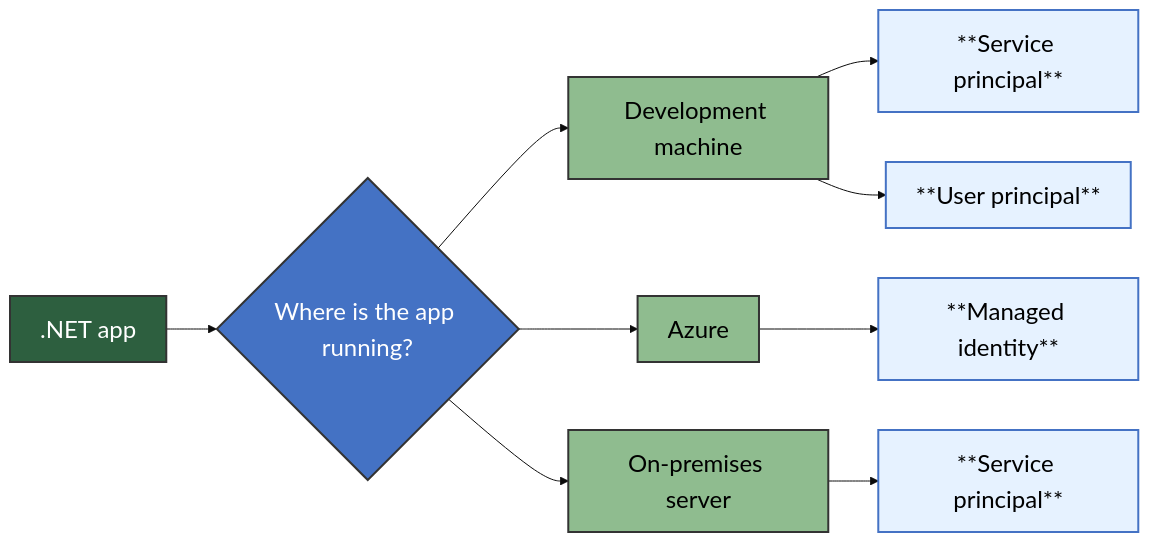
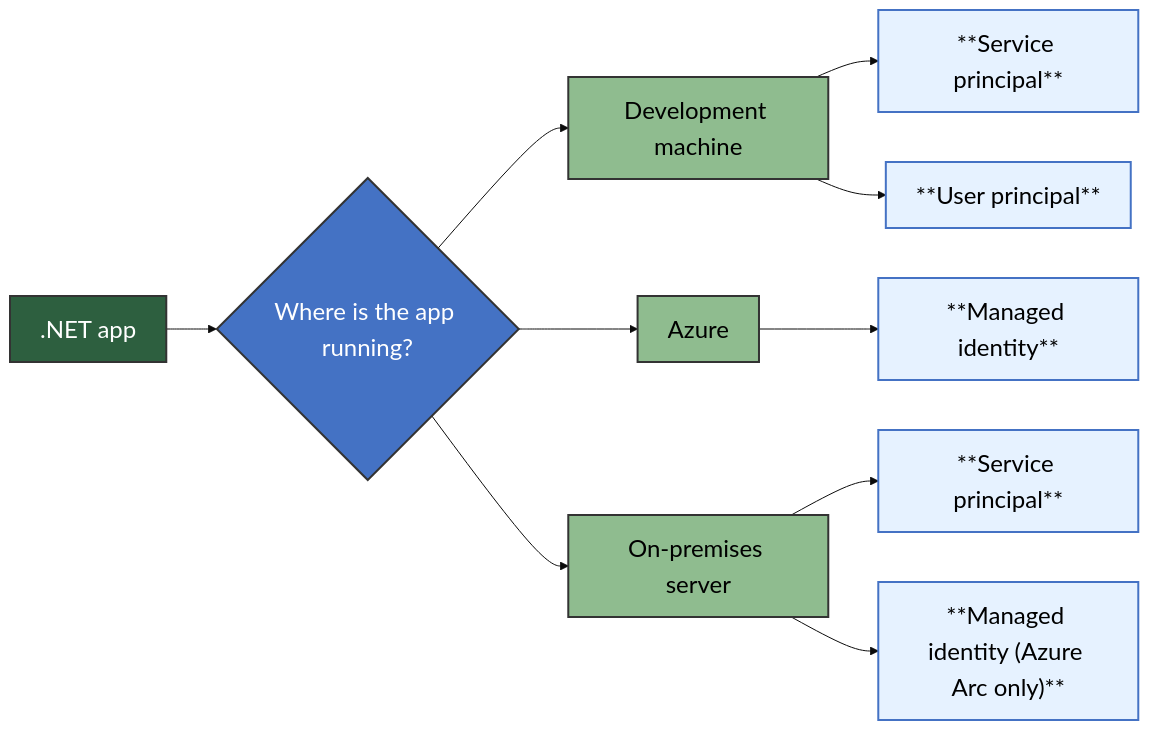
One commit to dotnet/docs changed the diagram in docs/azure/sdk/media/mermaidjs/authentication-environments.md. Above: the diagram before and after it, drawn with Mermaid. The commit also changed 2 other files, not shown here.

Commit message:
fix diagram and tabs

````diff
--- a/docs/azure/sdk/media/mermaidjs/authentication-environments.md
+++ b/docs/azure/sdk/media/mermaidjs/authentication-environments.md
@@ -6,41 +6,43 @@
 ```mermaid
 %% STEPS TO GENERATE IMAGE 
 %% ======================= 
 %% 1. Install mermaid CLI v10.9.1 (see https://github.com/mermaid-js/mermaid-cli/blob/master/README.md): 
 %%    npm i -g @mermaid-js/mermaid-cli@10.9.1 
 %% 2. Run command: mmdc -i authentication-environments.md -o ../../media/mermaidjs/authentication-environments.svg 
 
 %%{init: {'theme':'base', 'themeVariables': { 'primaryColor': '#fff', 'edgeLabelBackground':'#fff', 'fontSize': '24px'}}}%%
 flowchart LR
     NetApp[".NET app"]
     Q1{Where is the app running?}
     
     NetApp --> Q1
     
     %% Local Development Machine Branch
     Q1 --> LocalDev[Development machine]
     LocalDev --> AppSP["**Service principal**"]
     LocalDev --> UserPrincipal["**User principal**"]
     
     %% Azure Branch
     Q1 --> AzureApp[Azure]
     AzureApp --> ManagedId["**Managed identity**"]
     
+
     %% On-premises Server Branch
     Q1 --> OnPremApp[On-premises server]
     OnPremApp --> ServicePrincipal["**Service principal**"]
+    OnPremApp --> ArcManagedId["**Managed identity (Azure Arc only)**"]
 
     %% Styling
     classDef questionBox fill:#4472C4,stroke:#333,stroke-width:2px,color:#fff,font-size:24px
     classDef authMethod fill:#e6f2ff,stroke:#4472C4,stroke-width:2px,color:#000,font-size:24px
     classDef envNode fill:#8fbc8f,stroke:#333,stroke-width:2px,color:#000,font-size:24px
     classDef startNode fill:#2d5f3f,stroke:#333,stroke-width:2px,color:#fff,font-size:24px
     
     %% Edge label styling
     linkStyle default font-size:24px
     
     class NetApp startNode
     class Q1 questionBox
-    class AppSP,UserPrincipal,ManagedId,ServicePrincipal authMethod
+    class AppSP,UserPrincipal,ManagedId,ServicePrincipal,ArcManagedId authMethod
     class LocalDev,AzureApp,OnPremApp envNode
 ```
````
